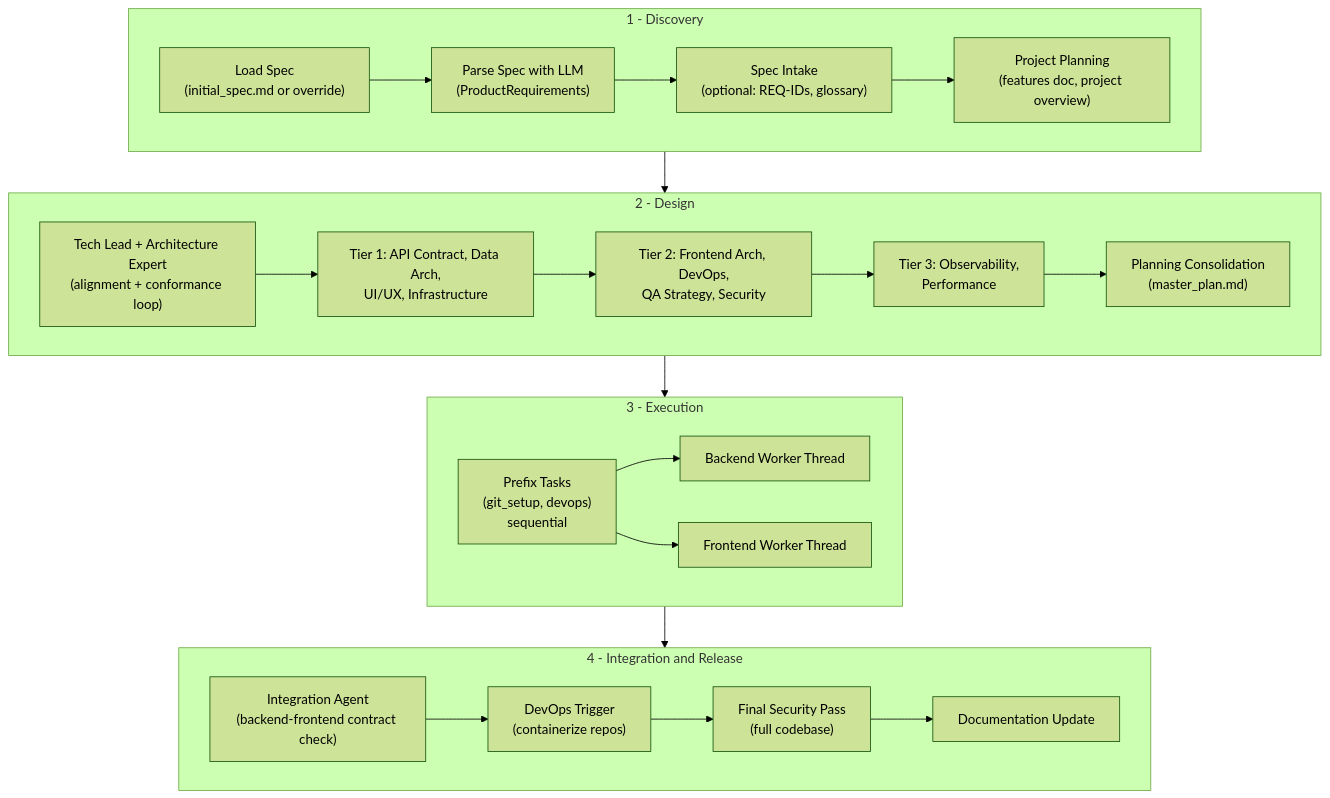
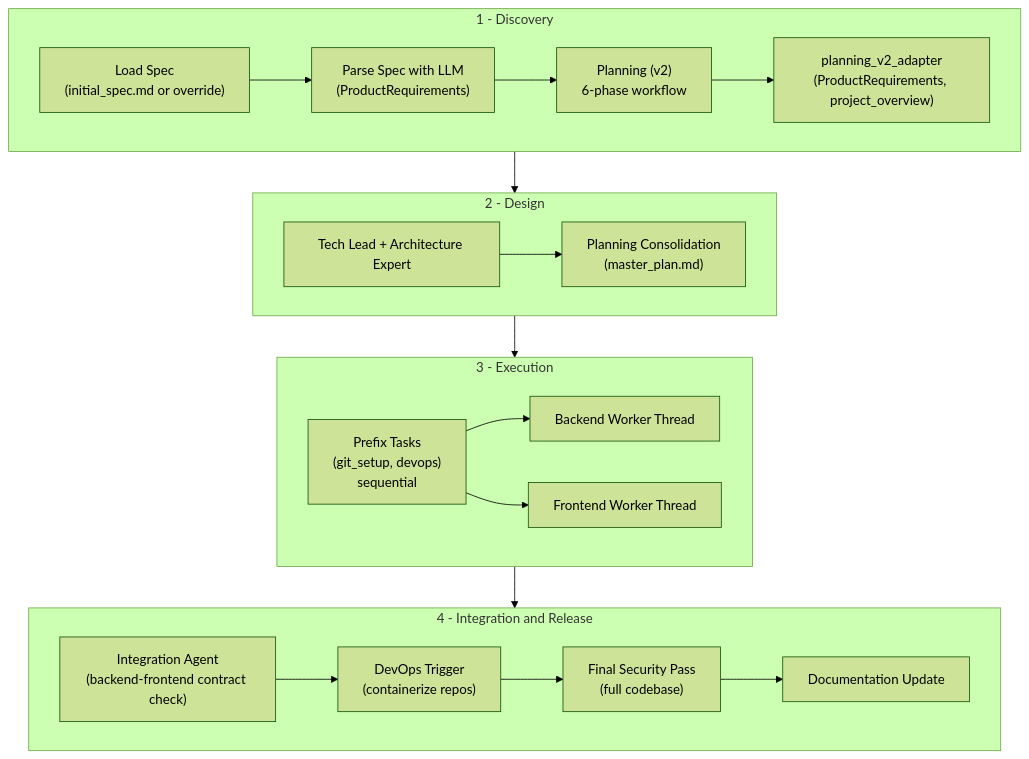
The second of 12 diagrams in ARCHITECTURE.md (brandonkindred/Khala-Agentic-AI-Teams), drawn with Mermaid (forest theme) before and after one commit. The commit also changed other lines of this file and 16 other files, not shown here.

First line of the commit message:
feat: implement Planning V2 workflow and enhance orchestrator functionality

````diff
--- a/ARCHITECTURE.md
+++ b/ARCHITECTURE.md
@@ -64,37 +64,34 @@
 ```mermaid
 flowchart TB
     subgraph discovery ["1 - Discovery"]
         LoadSpec["Load Spec\n(initial_spec.md or override)"]
         ParseSpec["Parse Spec with LLM\n(ProductRequirements)"]
-        SpecIntake["Spec Intake\n(optional: REQ-IDs, glossary)"]
-        ProjectPlanning["Project Planning\n(features doc, project overview)"]
-        LoadSpec --> ParseSpec --> SpecIntake --> ProjectPlanning
+        PlanningV2["Planning (v2)\n6-phase workflow"]
+        Adapter["planning_v2_adapter\n(ProductRequirements, project_overview)"]
+        LoadSpec --> ParseSpec --> PlanningV2 --> Adapter
     end
 
     subgraph design ["2 - Design"]
-        PlanLoop["Tech Lead + Architecture Expert\n(alignment + conformance loop)"]
-        Tier1["Tier 1: API Contract, Data Arch,\nUI/UX, Infrastructure"]
-        Tier2["Tier 2: Frontend Arch, DevOps,\nQA Strategy, Security"]
-        Tier3["Tier 3: Observability,\nPerformance"]
+        PlanLoop["Tech Lead + Architecture Expert"]
         MasterPlan["Planning Consolidation\n(master_plan.md)"]
-        PlanLoop --> Tier1 --> Tier2 --> Tier3 --> MasterPlan
+        PlanLoop --> MasterPlan
     end
 
     subgraph execution ["3 - Execution"]
         PrefixTasks["Prefix Tasks\n(git_setup, devops)\nsequential"]
         BackendWorker["Backend Worker Thread"]
         FrontendWorker["Frontend Worker Thread"]
         PrefixTasks --> BackendWorker
         PrefixTasks --> FrontendWorker
     end
 
     subgraph integrationPhase ["4 - Integration and Release"]
         IntAgent["Integration Agent\n(backend-frontend contract check)"]
         DevOpsTrigger["DevOps Trigger\n(containerize repos)"]
         FinalSecurity["Final Security Pass\n(full codebase)"]
         DocUpdate["Documentation Update"]
         IntAgent --> DevOpsTrigger --> FinalSecurity --> DocUpdate
     end
 
     discovery --> design --> execution --> integrationPhase
 ```
````
